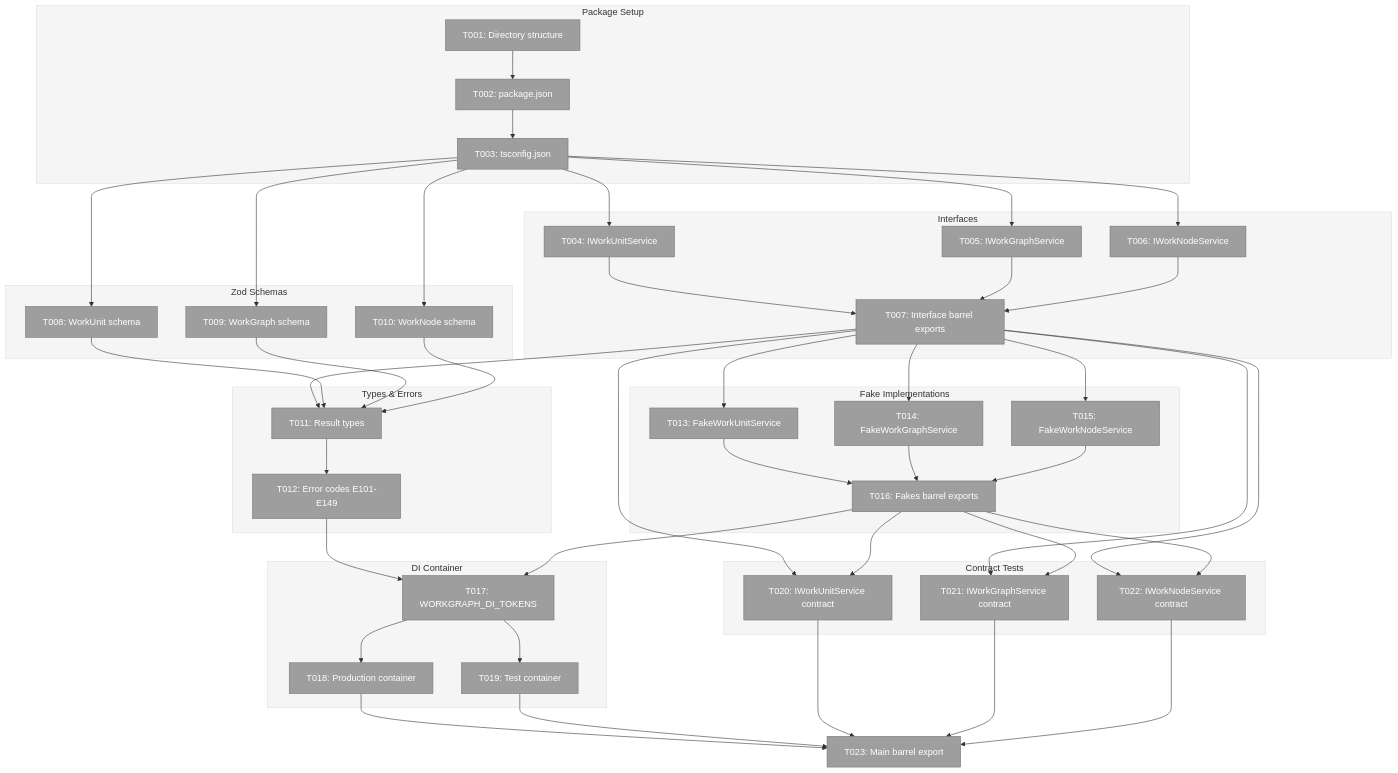
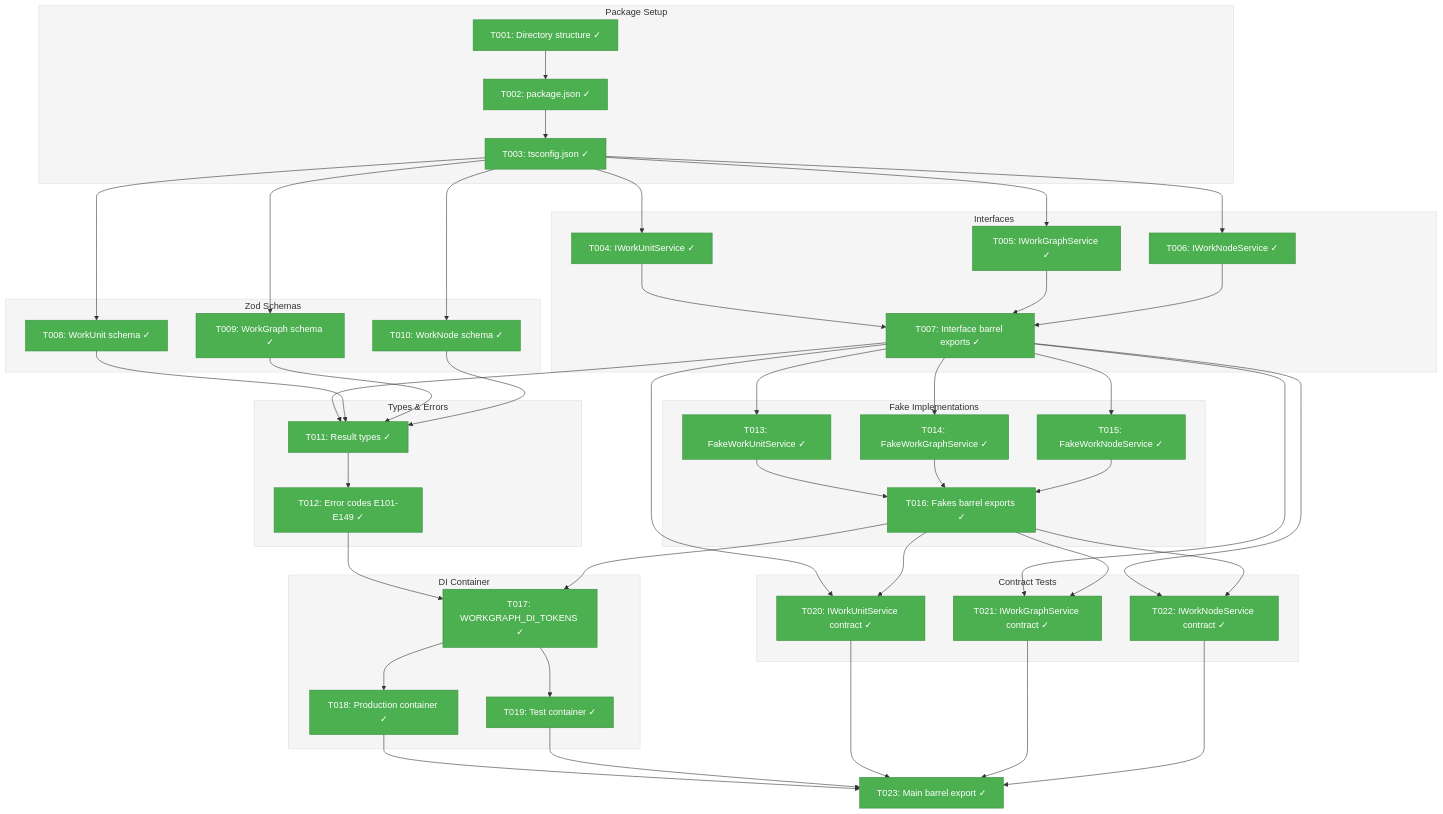
Before and after one commit to AI-Substrate/chainglass: the first of 3 diagrams in docs/plans/016-agent-units/tasks/phase-1-package-foundation-core-interfaces/tasks.md, drawn with Mermaid. The commit also changed other lines of this file and 30 other files, not shown here.

First line of the commit message:
feat(workgraph): Phase 1 - Package foundation and core interfaces

```diff
--- a/docs/plans/016-agent-units/tasks/phase-1-package-foundation-core-interfaces/tasks.md
+++ b/docs/plans/016-agent-units/tasks/phase-1-package-foundation-core-interfaces/tasks.md
@@ -96,49 +96,49 @@
     style Contracts fill:#F5F5F5,stroke:#E0E0E0
 
     subgraph PackageSetup["Package Setup"]
-        T001["T001: Directory structure"]:::pending
-        T002["T002: package.json"]:::pending
-        T003["T003: tsconfig.json"]:::pending
+        T001["T001: Directory structure ✓"]:::completed
+        T002["T002: package.json ✓"]:::completed
+        T003["T003: tsconfig.json ✓"]:::completed
     end
 
     subgraph Interfaces["Interfaces"]
-        T004["T004: IWorkUnitService"]:::pending
-        T005["T005: IWorkGraphService"]:::pending
-        T006["T006: IWorkNodeService"]:::pending
-        T007["T007: Interface barrel exports"]:::pending
+        T004["T004: IWorkUnitService ✓"]:::completed
+        T005["T005: IWorkGraphService ✓"]:::completed
+        T006["T006: IWorkNodeService ✓"]:::completed
+        T007["T007: Interface barrel exports ✓"]:::completed
     end
 
     subgraph Schemas["Zod Schemas"]
-        T008["T008: WorkUnit schema"]:::pending
-        T009["T009: WorkGraph schema"]:::pending
-        T010["T010: WorkNode schema"]:::pending
+        T008["T008: WorkUnit schema ✓"]:::completed
+        T009["T009: WorkGraph schema ✓"]:::completed
+        T010["T010: WorkNode schema ✓"]:::completed
     end
 
     subgraph Types["Types & Errors"]
-        T011["T011: Result types"]:::pending
-        T012["T012: Error codes E101-E149"]:::pending
+        T011["T011: Result types ✓"]:::completed
+        T012["T012: Error codes E101-E149 ✓"]:::completed
     end
 
     subgraph Fakes["Fake Implementations"]
-        T013["T013: FakeWorkUnitService"]:::pending
-        T014["T014: FakeWorkGraphService"]:::pending
-        T015["T015: FakeWorkNodeService"]:::pending
-        T016["T016: Fakes barrel exports"]:::pending
+        T013["T013: FakeWorkUnitService ✓"]:::completed
+        T014["T014: FakeWorkGraphService ✓"]:::completed
+        T015["T015: FakeWorkNodeService ✓"]:::completed
+        T016["T016: Fakes barrel exports ✓"]:::completed
     end
 
     subgraph DI["DI Container"]
-        T017["T017: WORKGRAPH_DI_TOKENS"]:::pending
-        T018["T018: Production container"]:::pending
-        T019["T019: Test container"]:::pending
+        T017["T017: WORKGRAPH_DI_TOKENS ✓"]:::completed
+        T018["T018: Production container ✓"]:::completed
+        T019["T019: Test container ✓"]:::completed
     end
 
     subgraph Contracts["Contract Tests"]
-        T020["T020: IWorkUnitService contract"]:::pending
-        T021["T021: IWorkGraphService contract"]:::pending
-        T022["T022: IWorkNodeService contract"]:::pending
+        T020["T020: IWorkUnitService contract ✓"]:::completed
+        T021["T021: IWorkGraphService contract ✓"]:::completed
+        T022["T022: IWorkNodeService contract ✓"]:::completed
     end
 
-    T023["T023: Main barrel export"]:::pending
+    T023["T023: Main barrel export ✓"]:::completed
 
     %% Dependencies
     T001 --> T002
```
